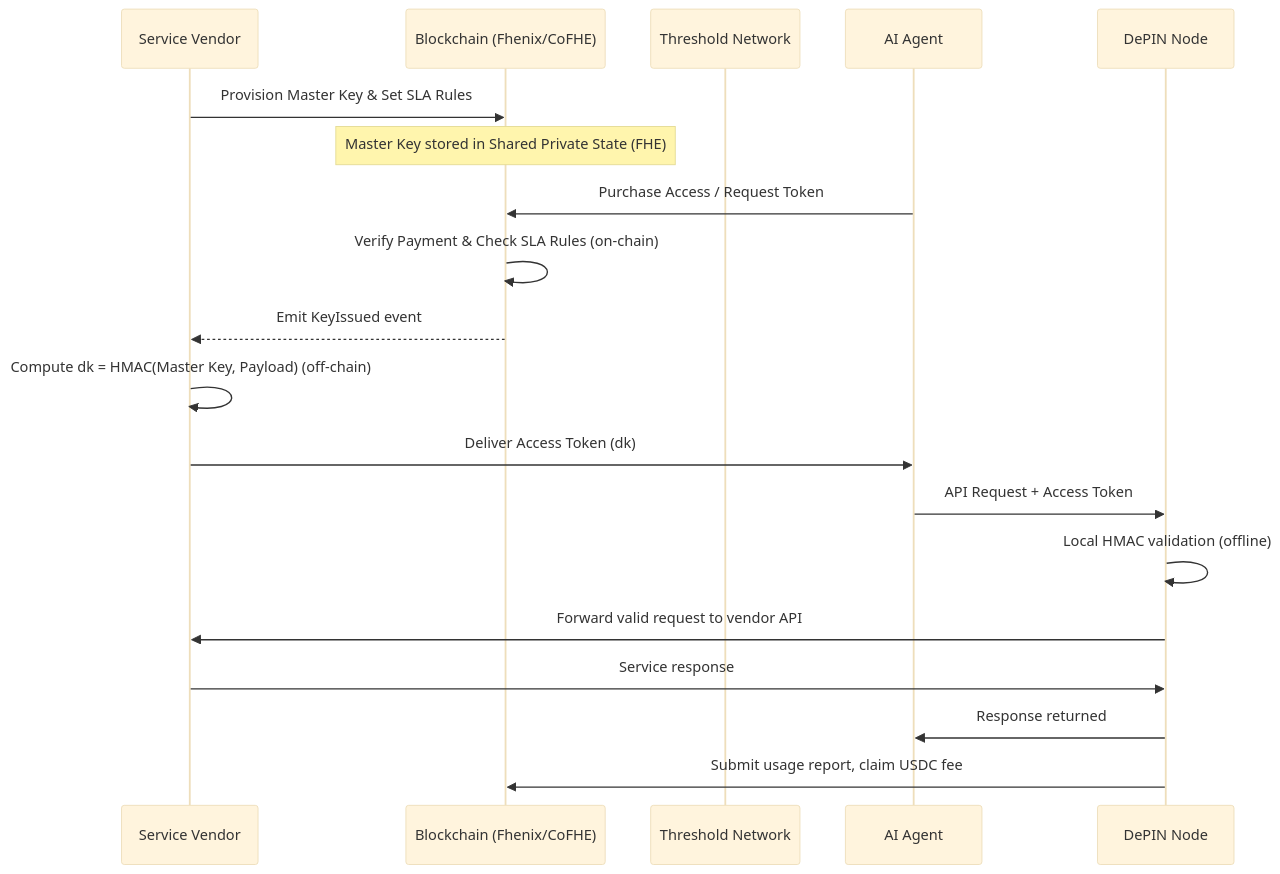
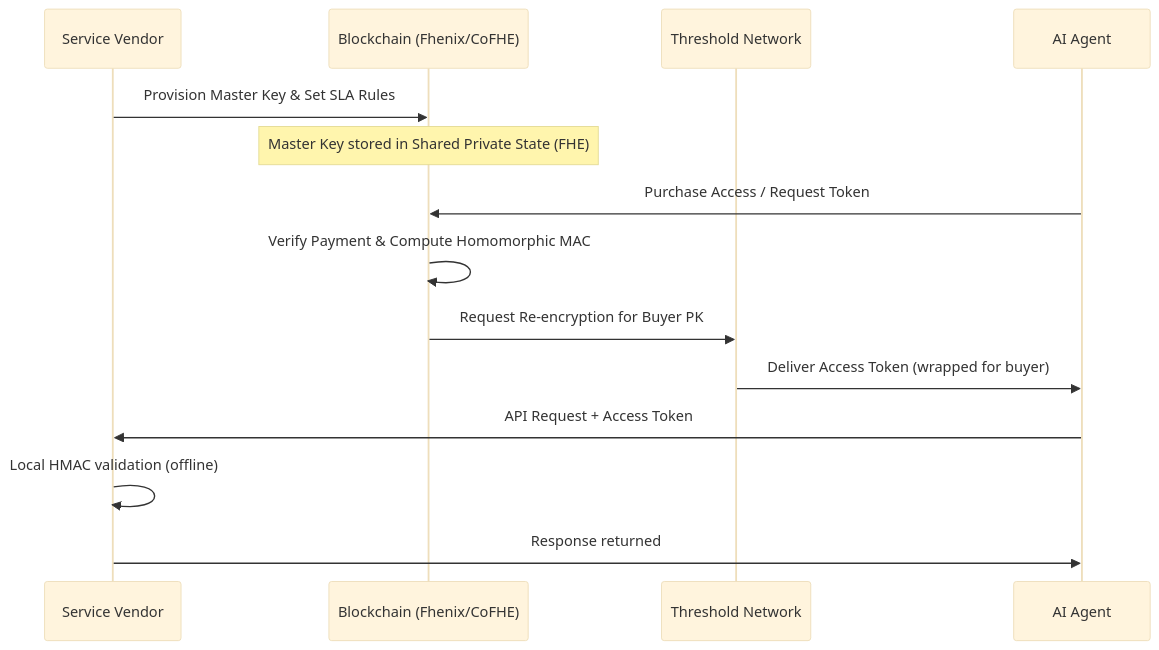
Before and after one commit to imajus/fhe402: the diagram in docs/Requirements.md, drawn with Mermaid (base theme). The commit also changed other lines of this file and 3 other files, not shown here.

````diff
--- a/docs/Requirements.md
+++ b/docs/Requirements.md
@@ -109,25 +78,18 @@
 ```mermaid
 sequenceDiagram
     participant V as Service Vendor
     participant BC as Blockchain (Fhenix/CoFHE)
     participant TSN as Threshold Network
     participant A as AI Agent
-    participant D as DePIN Node
-    
     V->>BC: Provision Master Key & Set SLA Rules
     Note over BC: Master Key stored in Shared Private State (FHE)
-    
+
     A->>BC: Purchase Access / Request Token
-    BC->>BC: Verify Payment & Check SLA Rules (on-chain)
-    BC-->>V: Emit KeyIssued event
-    
-    V->>V: Compute dk = HMAC(Master Key, Payload) (off-chain)
-    V->>A: Deliver Access Token (dk)
-    
-    A->>D: API Request + Access Token
-    D->>D: Local HMAC validation (offline)
-    D->>V: Forward valid request to vendor API
-    V->>D: Service response
-    D->>A: Response returned
-    D->>BC: Submit usage report, claim USDC fee
+    BC->>BC: Verify Payment & Compute Homomorphic MAC
+    BC->>TSN: Request Re-encryption for Buyer PK
+    TSN->>A: Deliver Access Token (wrapped for buyer)
+
+    A->>V: API Request + Access Token
+    V->>V: Local HMAC validation (offline)
+    V->>A: Response returned
 ```
````
